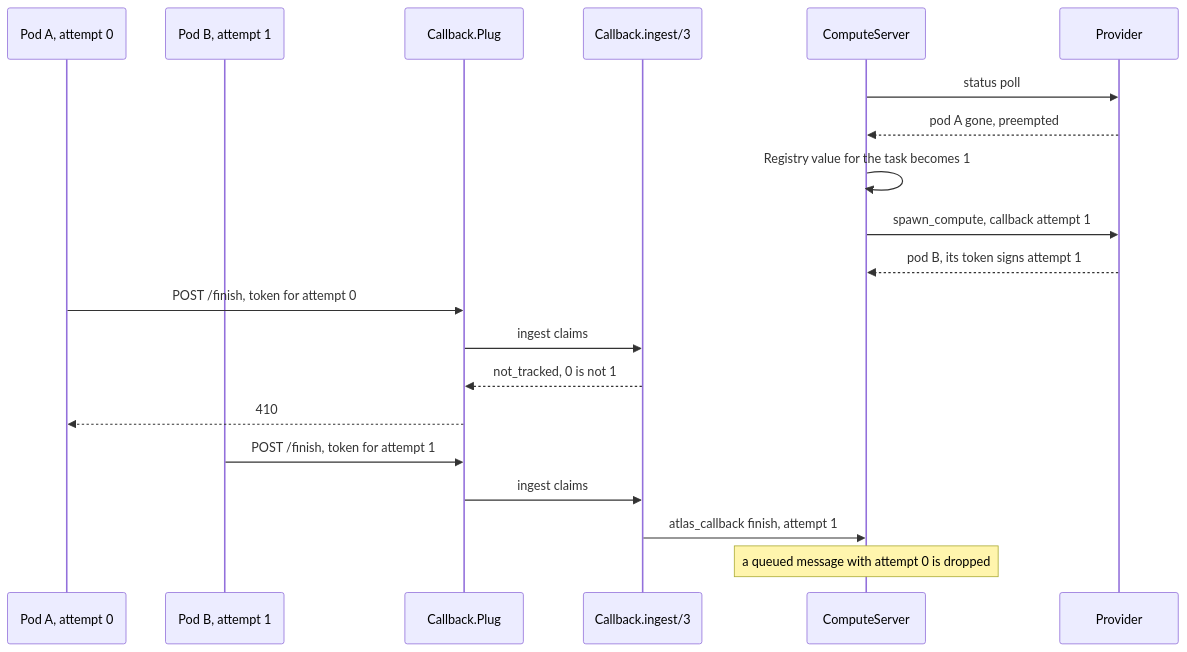
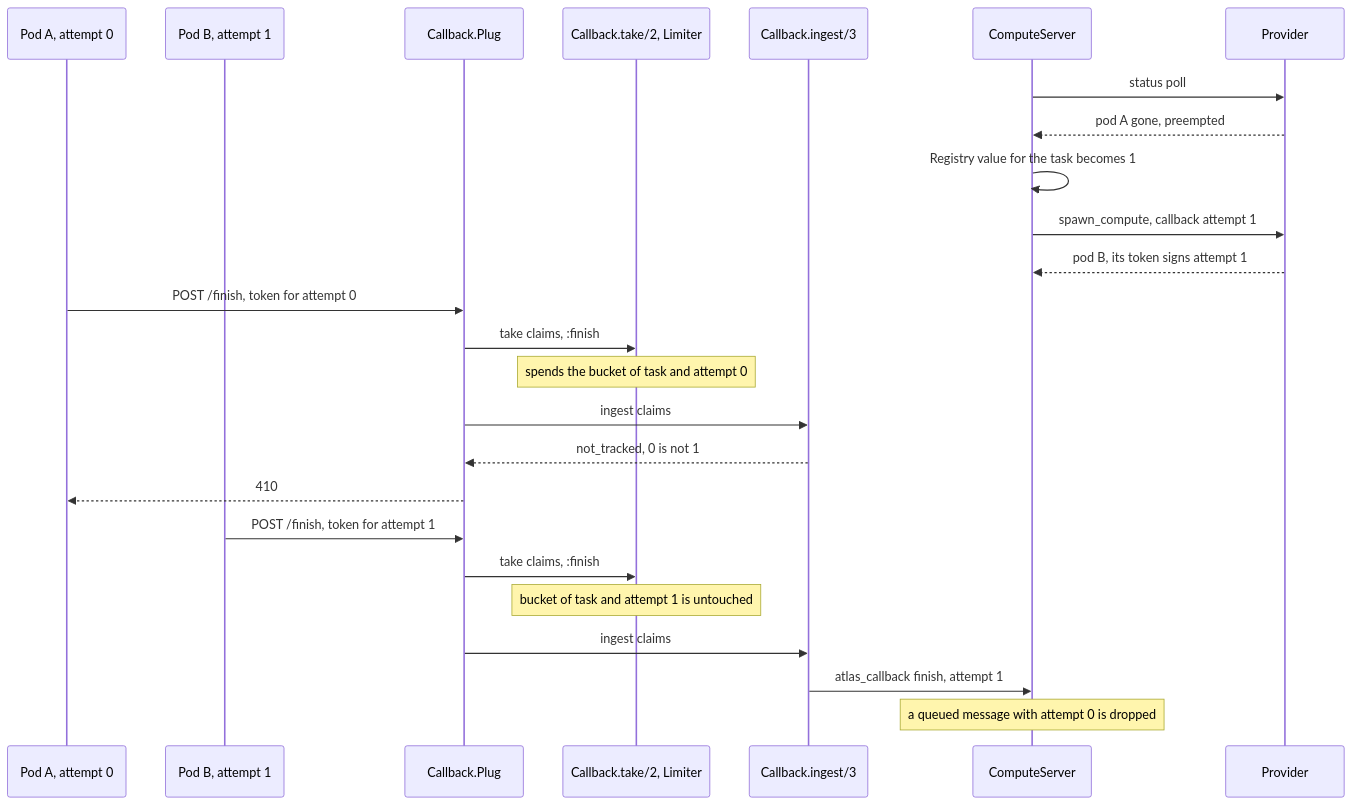
Before and after one commit to udin-io/ex_atlas: the third of 7 diagrams in docs/architecture.md, drawn with Mermaid. The commit also changed other lines of this file and 9 other files, not shown here.

````diff
--- a/docs/architecture.md
+++ b/docs/architecture.md
@@ -134,22 +136,27 @@
 ```mermaid
 sequenceDiagram
   participant A as Pod A, attempt 0
   participant B as Pod B, attempt 1
   participant Pl as Callback.Plug
+  participant L as Callback.take/2, Limiter
   participant Cb as Callback.ingest/3
   participant CS as ComputeServer
   participant P as Provider
   CS->>P: status poll
   P-->>CS: pod A gone, preempted
   CS->>CS: Registry value for the task becomes 1
   CS->>P: spawn_compute, callback attempt 1
   P-->>CS: pod B, its token signs attempt 1
   A->>Pl: POST /finish, token for attempt 0
+  Pl->>L: take claims, :finish
+  Note over L: spends the bucket of task and attempt 0
   Pl->>Cb: ingest claims
   Cb-->>Pl: not_tracked, 0 is not 1
   Pl-->>A: 410
   B->>Pl: POST /finish, token for attempt 1
+  Pl->>L: take claims, :finish
+  Note over L: bucket of task and attempt 1 is untouched
   Pl->>Cb: ingest claims
   Cb->>CS: atlas_callback finish, attempt 1
   Note over CS: a queued message with attempt 0 is dropped
 ```
````
